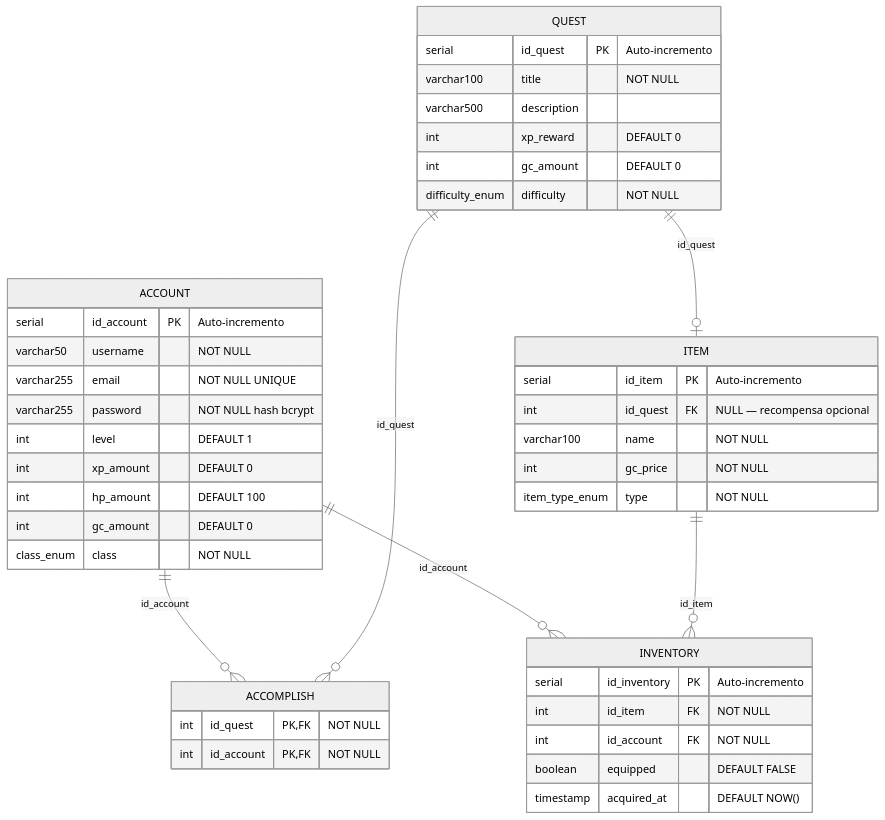
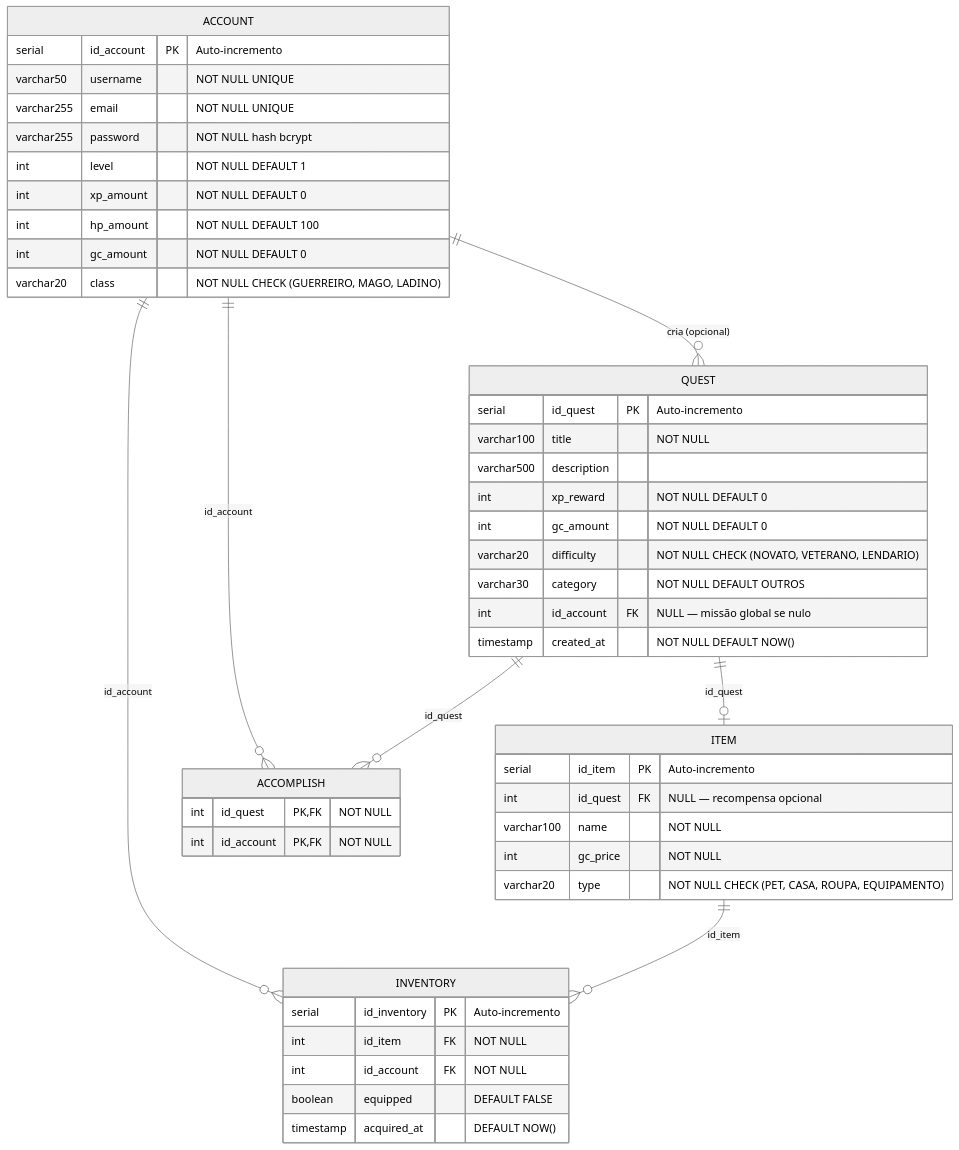
One commit to rapf-ht/Level-Up changed the diagram in docs/diagrams/Diagrama_Relacional.md. Above: the diagram before and after it, drawn with Mermaid (neutral theme). The commit also changed other lines of this file and 13 other files, not shown here.

````diff
--- a/docs/diagrams/Diagrama_Relacional.md
+++ b/docs/diagrams/Diagrama_Relacional.md
@@ -5,50 +5,54 @@
 ```mermaid
 erDiagram
     ACCOUNT {
         serial      id_account  PK  "Auto-incremento"
-        varchar50   username        "NOT NULL"
+        varchar50   username        "NOT NULL UNIQUE"
         varchar255  email           "NOT NULL UNIQUE"
         varchar255  password        "NOT NULL hash bcrypt"
-        int         level           "DEFAULT 1"
-        int         xp_amount       "DEFAULT 0"
-        int         hp_amount       "DEFAULT 100"
-        int         gc_amount       "DEFAULT 0"
-        class_enum  class           "NOT NULL"
+        int         level           "NOT NULL DEFAULT 1"
+        int         xp_amount       "NOT NULL DEFAULT 0"
+        int         hp_amount       "NOT NULL DEFAULT 100"
+        int         gc_amount       "NOT NULL DEFAULT 0"
+        varchar20   class           "NOT NULL CHECK (GUERREIRO, MAGO, LADINO)"
     }
 
     QUEST {
         serial          id_quest     PK  "Auto-incremento"
         varchar100      title            "NOT NULL"
         varchar500      description
-        int             xp_reward        "DEFAULT 0"
-        int             gc_amount        "DEFAULT 0"
-        difficulty_enum difficulty       "NOT NULL"
+        int             xp_reward        "NOT NULL DEFAULT 0"
+        int             gc_amount        "NOT NULL DEFAULT 0"
+        varchar20       difficulty       "NOT NULL CHECK (NOVATO, VETERANO, LENDARIO)"
+        varchar30       category         "NOT NULL DEFAULT OUTROS"
+        int             id_account   FK  "NULL — missão global se nulo"
+        timestamp       created_at       "NOT NULL DEFAULT NOW()"
     }
 
     ITEM {
         serial         id_item   PK  "Auto-incremento"
         int            id_quest  FK  "NULL — recompensa opcional"
         varchar100     name          "NOT NULL"
         int            gc_price      "NOT NULL"
-        item_type_enum type          "NOT NULL"
+        varchar20      type          "NOT NULL CHECK (PET, CASA, ROUPA, EQUIPAMENTO)"
     }
 
     INVENTORY {
         serial    id_inventory  PK  "Auto-incremento"
         int       id_item       FK  "NOT NULL"
         int       id_account    FK  "NOT NULL"
         boolean   equipped          "DEFAULT FALSE"
         timestamp acquired_at       "DEFAULT NOW()"
     }
 
     ACCOMPLISH {
         int id_quest    PK, FK  "NOT NULL"
         int id_account  PK, FK  "NOT NULL"
     }
 
+    ACCOUNT     ||--o{ QUEST       : "cria (opcional)"
     ACCOUNT     ||--o{ ACCOMPLISH  : "id_account"
     QUEST       ||--o{ ACCOMPLISH  : "id_quest"
     QUEST       ||--o| ITEM        : "id_quest"
     ACCOUNT     ||--o{ INVENTORY   : "id_account"
     ITEM        ||--o{ INVENTORY   : "id_item"
 ```
````
